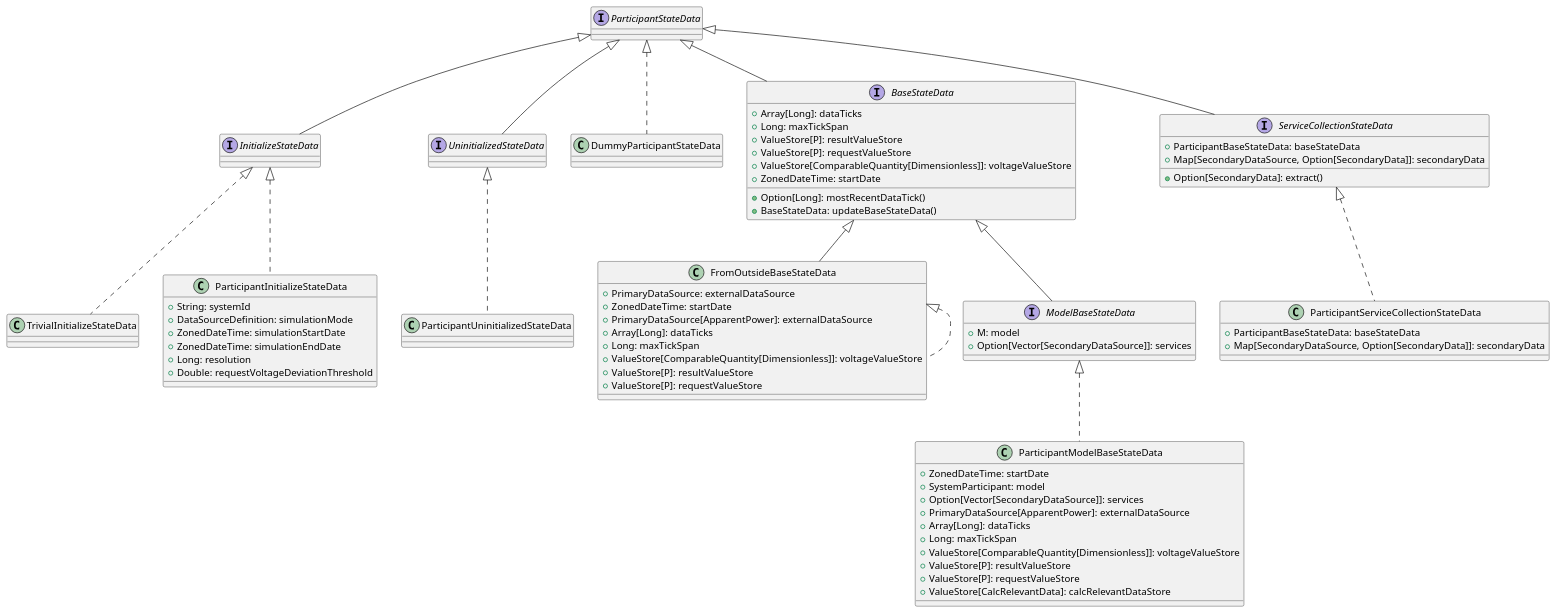
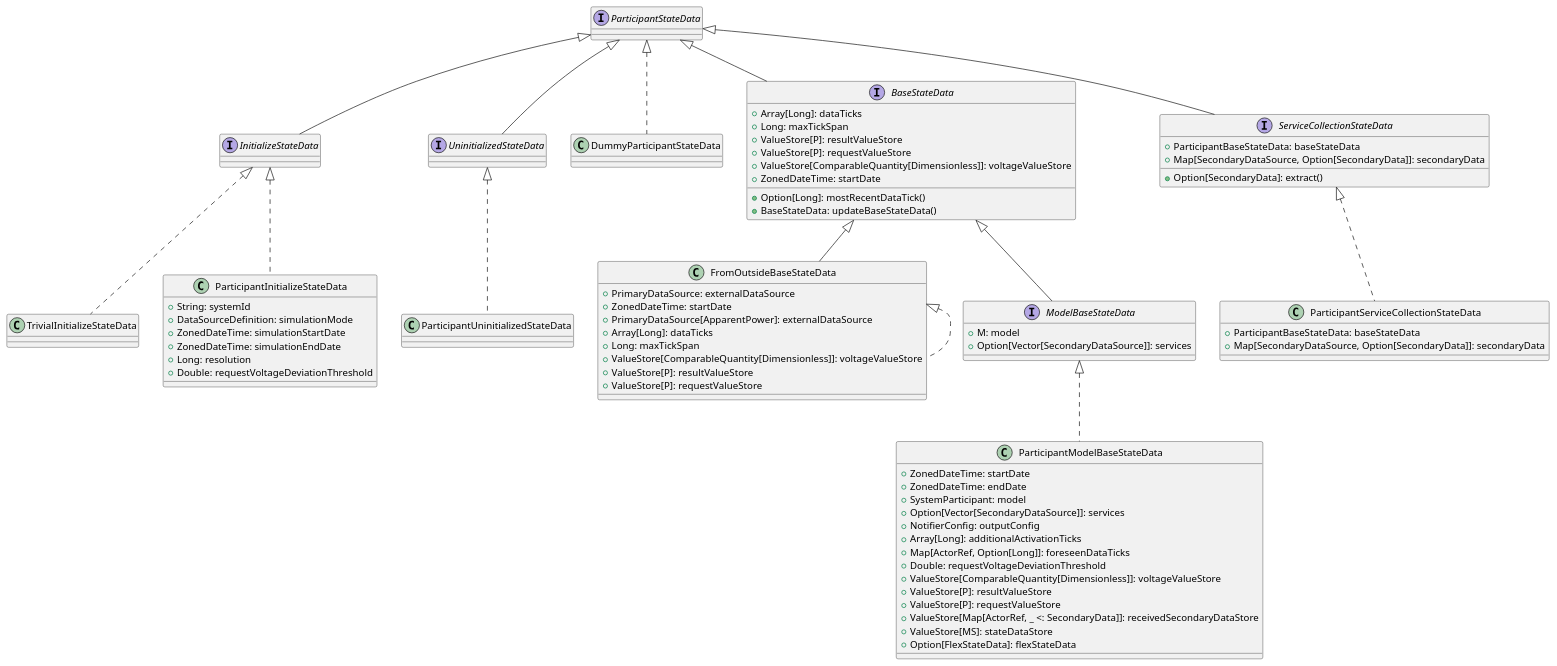
Before and after one commit to ie3-institute/simona: the diagram in docs/uml/main/StateDataHierarchy.puml, drawn with PlantUML. The commit also changed 21 other files, not shown here.

Commit message:
Get rid of store for calc relevant data

```diff
--- a/docs/uml/main/StateDataHierarchy.puml
+++ b/docs/uml/main/StateDataHierarchy.puml
@@ -1,90 +1,94 @@
 @startuml
 interface ParticipantStateData
 
 interface InitializeStateData
 ParticipantStateData <|-- InitializeStateData
 
 interface UninitializedStateData
 ParticipantStateData <|-- UninitializedStateData
 
 Class TrivialInitializeStateData
 InitializeStateData <|.. TrivialInitializeStateData
 
 Class DummyParticipantStateData
 ParticipantStateData <|.. DummyParticipantStateData
 
 Class ParticipantUninitializedStateData
 UninitializedStateData <|.. ParticipantUninitializedStateData
 
 
 Class ParticipantInitializeStateData {
     + String: systemId
     + DataSourceDefinition: simulationMode
     + ZonedDateTime: simulationStartDate
     + ZonedDateTime: simulationEndDate
     + Long: resolution
     + Double: requestVoltageDeviationThreshold
 }
 InitializeStateData <|.. ParticipantInitializeStateData
 
 interface BaseStateData {
     + Array[Long]: dataTicks
     + Long: maxTickSpan
     + ValueStore[P]: resultValueStore
     + ValueStore[P]: requestValueStore
     + ValueStore[ComparableQuantity[Dimensionless]]: voltageValueStore
     + Option[Long]: mostRecentDataTick()
       + ZonedDateTime: startDate
       + BaseStateData: updateBaseStateData()
 }
 ParticipantStateData <|-- BaseStateData
 
 interface FromOutsideBaseStateData {
     + PrimaryDataSource: externalDataSource
 }
 interface ModelBaseStateData {
     + M: model
     + Option[Vector[SecondaryDataSource]]: services
 }
 BaseStateData <|-- FromOutsideBaseStateData
 BaseStateData <|-- ModelBaseStateData
 
 
 Class FromOutsideBaseStateData {
     + ZonedDateTime: startDate
     + PrimaryDataSource[ApparentPower]: externalDataSource
     + Array[Long]: dataTicks
     + Long: maxTickSpan
     + ValueStore[ComparableQuantity[Dimensionless]]: voltageValueStore
     + ValueStore[P]: resultValueStore
     + ValueStore[P]: requestValueStore
 }
 FromOutsideBaseStateData <|.. FromOutsideBaseStateData
 
 Class ParticipantModelBaseStateData {
     + ZonedDateTime: startDate
+    + ZonedDateTime: endDate
     + SystemParticipant: model
     + Option[Vector[SecondaryDataSource]]: services
-    + PrimaryDataSource[ApparentPower]: externalDataSource
-    + Array[Long]: dataTicks
-    + Long: maxTickSpan
+    + NotifierConfig: outputConfig
+    + Array[Long]: additionalActivationTicks
+    + Map[ActorRef, Option[Long]]: foreseenDataTicks
+    + Double: requestVoltageDeviationThreshold
     + ValueStore[ComparableQuantity[Dimensionless]]: voltageValueStore
     + ValueStore[P]: resultValueStore
     + ValueStore[P]: requestValueStore
-    + ValueStore[CalcRelevantData]: calcRelevantDataStore
+    + ValueStore[Map[ActorRef, _ <: SecondaryData]]: receivedSecondaryDataStore
+    + ValueStore[MS]: stateDataStore
+    + Option[FlexStateData]: flexStateData
 }
 ModelBaseStateData <|.. ParticipantModelBaseStateData
 
 interface ServiceCollectionStateData {
     + ParticipantBaseStateData: baseStateData
     + Map[SecondaryDataSource, Option[SecondaryData]]: secondaryData
     + Option[SecondaryData]: extract()
 }
 ParticipantStateData <|-- ServiceCollectionStateData
 
 Class ParticipantServiceCollectionStateData {
     + ParticipantBaseStateData: baseStateData
     + Map[SecondaryDataSource, Option[SecondaryData]]: secondaryData
 }
 ServiceCollectionStateData <|.. ParticipantServiceCollectionStateData
 @enduml
```
